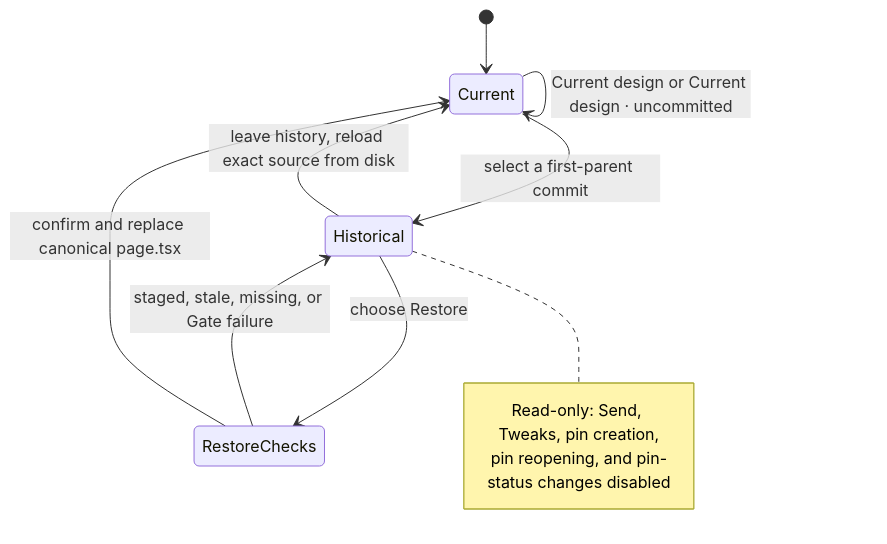
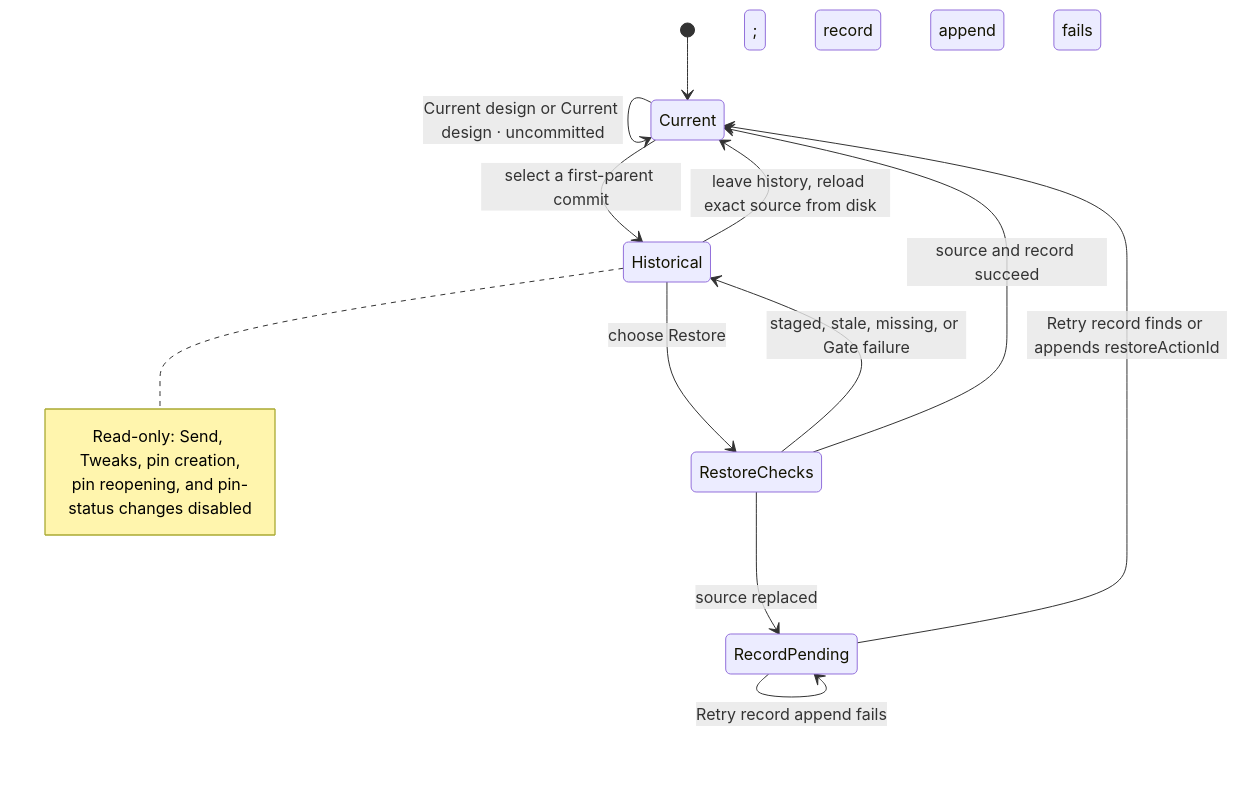
Before and after one commit to khmilevoi/termcraft: the diagram in docs/architecture/flows/versions.md, drawn with Mermaid. The commit also changed other lines of this file and 2 other files, not shown here.

Commit message:
docs: define restore record-pending recovery

````diff
--- a/docs/architecture/flows/versions.md
+++ b/docs/architecture/flows/versions.md
@@ -3,14 +3,17 @@
 ```mermaid
 stateDiagram-v2
     [*] --> Current
     Current --> Current: Current design or Current design · uncommitted
     Current --> Historical: select a first-parent commit
     Historical --> Current: leave history, reload exact source from disk
     Historical --> RestoreChecks: choose Restore
     RestoreChecks --> Historical: staged, stale, missing, or Gate failure
-    RestoreChecks --> Current: confirm and replace canonical page.tsx
+    RestoreChecks --> Current: source and record succeed
+    RestoreChecks --> RecordPending: source replaced; record append fails
+    RecordPending --> Current: Retry record finds or appends restoreActionId
+    RecordPending --> RecordPending: Retry record append fails
     note right of Historical
         Read-only: Send, Tweaks, pin creation,
         pin reopening, and pin-status changes disabled
     end note
 ```
````
